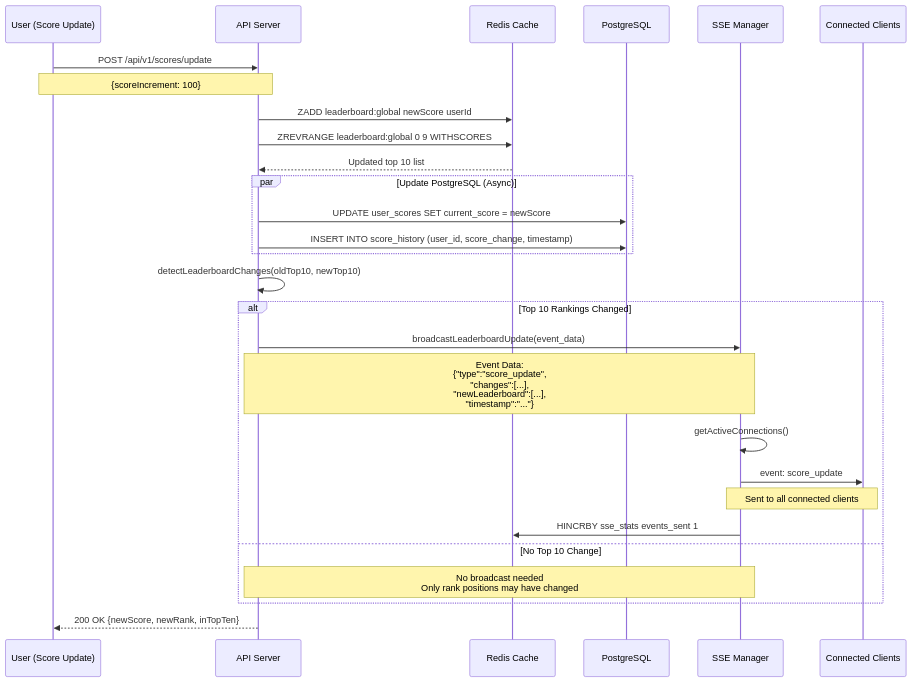
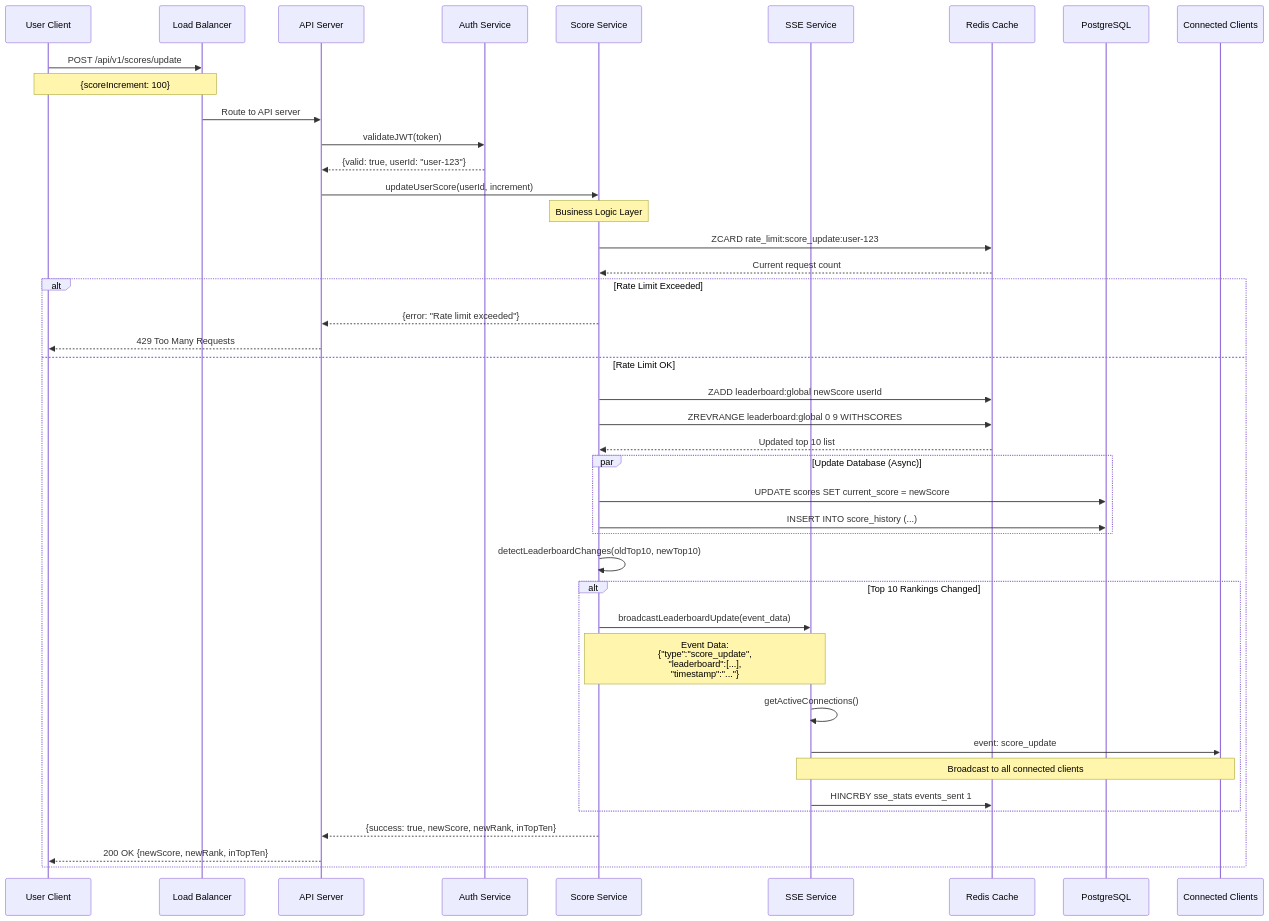
The second of 3 diagrams in src/problem6/README.md (hhgiap241/99techteam-backend-challenge), drawn with Mermaid before and after one commit. The commit also changed other lines of this file, not shown here.

````diff
--- a/src/problem6/README.md
+++ b/src/problem6/README.md
@@ -295,39 +295,55 @@
 ```mermaid
 sequenceDiagram
-    participant User as User (Score Update)
+    participant User as User Client
+    participant LB as Load Balancer
     participant API as API Server
+    participant AuthSvc as Auth Service
+    participant ScoreSvc as Score Service
+    participant SSESvc as SSE Service
     participant Redis as Redis Cache
     participant DB as PostgreSQL
-    participant SSE as SSE Manager
     participant Clients as Connected Clients
 
-    User->>API: POST /api/v1/scores/update
-    Note over User,API: {scoreIncrement: 100}
+    User->>LB: POST /api/v1/scores/update
+    Note over User,LB: {scoreIncrement: 100}
 
-    API->>Redis: ZADD leaderboard:global newScore userId
-    API->>Redis: ZREVRANGE leaderboard:global 0 9 WITHSCORES
-    Redis-->>API: Updated top 10 list
+    LB->>API: Route to API server
+    API->>AuthSvc: validateJWT(token)
+    AuthSvc-->>API: {valid: true, userId: "user-123"}
 
-    par Update PostgreSQL (Async)
-        API->>DB: UPDATE user_scores SET current_score = newScore
-        API->>DB: INSERT INTO score_history (user_id, score_change, timestamp)
+    API->>ScoreSvc: updateUserScore(userId, increment)
+
+    Note over ScoreSvc: Business Logic Layer
+    ScoreSvc->>Redis: ZCARD rate_limit:score_update:user-123
+    Redis-->>ScoreSvc: Current request count
+
+    alt Rate Limit Exceeded
+        ScoreSvc-->>API: {error: "Rate limit exceeded"}
+        API-->>User: 429 Too Many Requests
+    else Rate Limit OK
+        ScoreSvc->>Redis: ZADD leaderboard:global newScore userId
+        ScoreSvc->>Redis: ZREVRANGE leaderboard:global 0 9 WITHSCORES
+        Redis-->>ScoreSvc: Updated top 10 list
+
+        par Update Database (Async)
+            ScoreSvc->>DB: UPDATE scores SET current_score = newScore
+            ScoreSvc->>DB: INSERT INTO score_history (...)
+        end
+
+        ScoreSvc->>ScoreSvc: detectLeaderboardChanges(oldTop10, newTop10)
+
+        alt Top 10 Rankings Changed
+            ScoreSvc->>SSESvc: broadcastLeaderboardUpdate(event_data)
+            Note over ScoreSvc,SSESvc: Event Data:<br/>{"type":"score_update",<br/>"leaderboard":[...],<br/>"timestamp":"..."}
+
+            SSESvc->>SSESvc: getActiveConnections()
+            SSESvc->>Clients: event: score_update
+            Note over SSESvc,Clients: Broadcast to all connected clients
+
+            SSESvc->>Redis: HINCRBY sse_stats events_sent 1
+        end
+
+        ScoreSvc-->>API: {success: true, newScore, newRank, inTopTen}
+        API-->>User: 200 OK {newScore, newRank, inTopTen}
     end
-
-    API->>API: detectLeaderboardChanges(oldTop10, newTop10)
-
-    alt Top 10 Rankings Changed
-        API->>SSE: broadcastLeaderboardUpdate(event_data)
-        Note over API,SSE: Event Data:<br/>{"type":"score_update",<br/>"changes":[...],<br/>"newLeaderboard":[...],<br/>"timestamp":"..."}
-
-        SSE->>SSE: getActiveConnections()
-        SSE->>Clients: event: score_update
-        Note over SSE,Clients: Sent to all connected clients
-
-        SSE->>Redis: HINCRBY sse_stats events_sent 1
-
-    else No Top 10 Change
-        Note over API,SSE: No broadcast needed<br/>Only rank positions may have changed
-    end
-
-    API-->>User: 200 OK {newScore, newRank, inTopTen}
 ```
````
